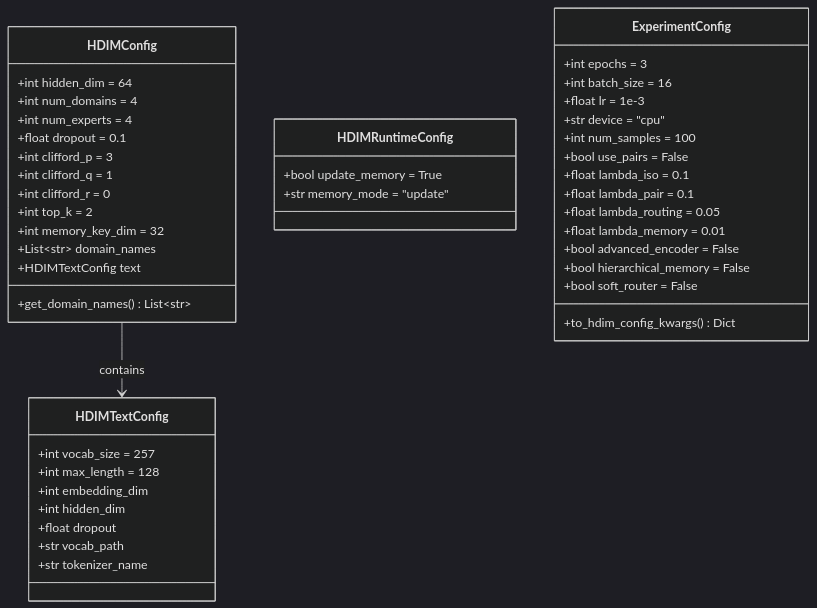
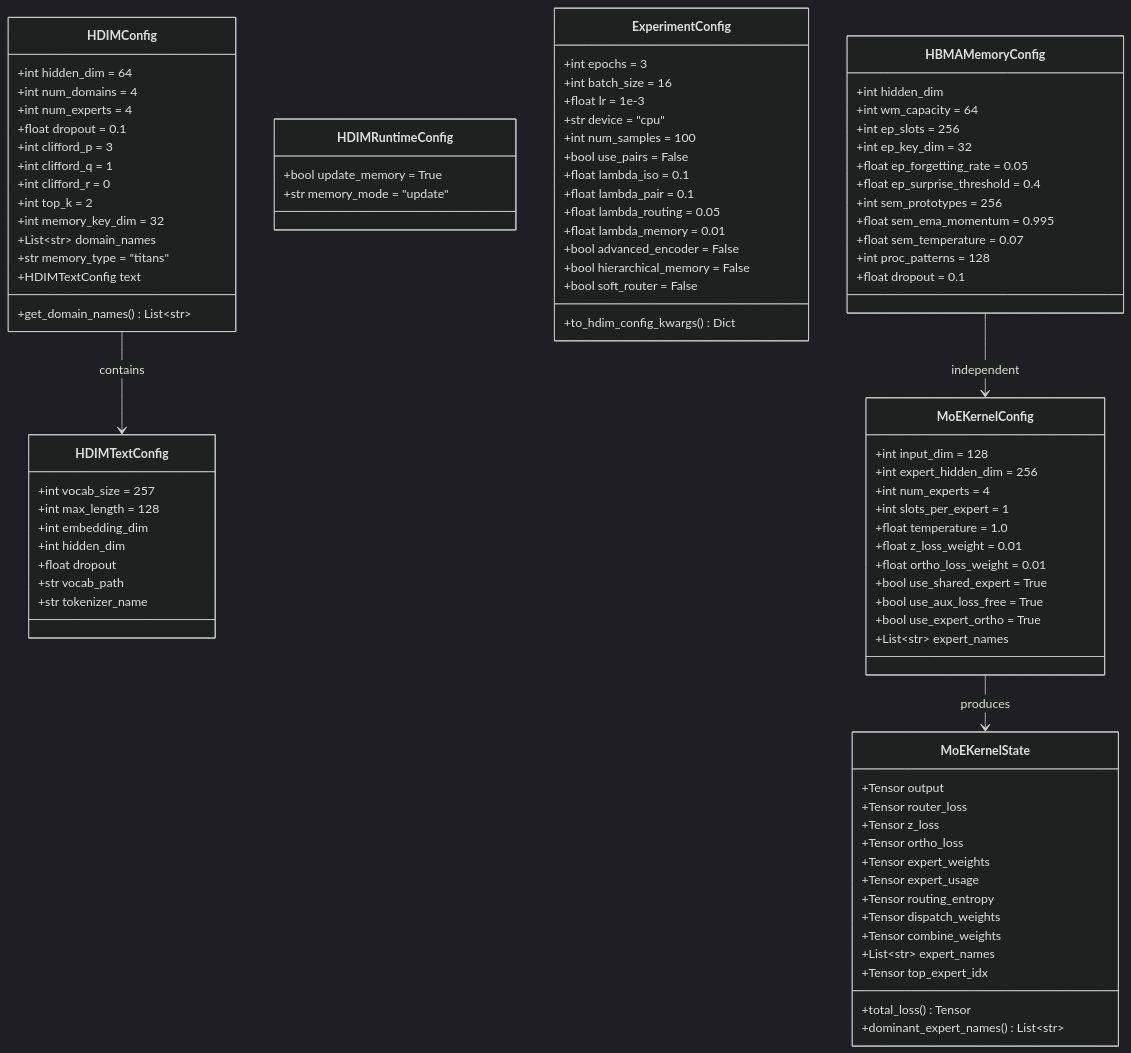
Diagram 19 of 22 in docs/DIAGRAMS.md (ShmidtS/hypercoplexAI), drawn with Mermaid (dark theme) before and after one commit. The commit also changed other lines of this file and 3 other files, not shown here.

First line of the commit message:
docs: update ARCHITECTURE, DIAGRAMS, README, HDIM docs

````diff
--- a/docs/DIAGRAMS.md
+++ b/docs/DIAGRAMS.md
@@ -1022,11 +1168,12 @@
         +int top_k = 2
         +int memory_key_dim = 32
         +List~str~ domain_names
+        +str memory_type = "titans"
         +HDIMTextConfig text
-        
+
         +get_domain_names() List~str~
     }
-    
+
     class HDIMTextConfig {
         +int vocab_size = 257
         +int max_length = 128
@@ -1036,12 +1183,12 @@
         +str vocab_path
         +str tokenizer_name
     }
-    
+
     class HDIMRuntimeConfig {
         +bool update_memory = True
         +str memory_mode = "update"
     }
-    
+
     class ExperimentConfig {
         +int epochs = 3
         +int batch_size = 16
@@ -1056,9 +1203,55 @@
         +bool advanced_encoder = False
         +bool hierarchical_memory = False
         +bool soft_router = False
-        
+
         +to_hdim_config_kwargs() Dict
     }
-    
+
+    class MoEKernelConfig {
+        +int input_dim = 128
+        +int expert_hidden_dim = 256
+        +int num_experts = 4
+        +int slots_per_expert = 1
+        +float temperature = 1.0
+        +float z_loss_weight = 0.01
+        +float ortho_loss_weight = 0.01
+        +bool use_shared_expert = True
+        +bool use_aux_loss_free = True
+        +bool use_expert_ortho = True
+        +List~str~ expert_names
+    }
+
+    class MoEKernelState {
+        +Tensor output
+        +Tensor router_loss
+        +Tensor z_loss
+        +Tensor ortho_loss
+        +Tensor expert_weights
+        +Tensor expert_usage
+        +Tensor routing_entropy
+        +Tensor dispatch_weights
+        +Tensor combine_weights
+        +List~str~ expert_names
+        +Tensor top_expert_idx
+        +total_loss() Tensor
+        +dominant_expert_names() List~str~
+    }
+
+    class HBMAMemoryConfig {
+        +int hidden_dim
+        +int wm_capacity = 64
+        +int ep_slots = 256
+        +int ep_key_dim = 32
+        +float ep_forgetting_rate = 0.05
+        +float ep_surprise_threshold = 0.4
+        +int sem_prototypes = 256
+        +float sem_ema_momentum = 0.995
+        +float sem_temperature = 0.07
+        +int proc_patterns = 128
+        +float dropout = 0.1
+    }
+
     HDIMConfig --> HDIMTextConfig : contains
+    MoEKernelConfig --> MoEKernelState : produces
+    HBMAMemoryConfig --> MoEKernelConfig : independent
 ```
````
